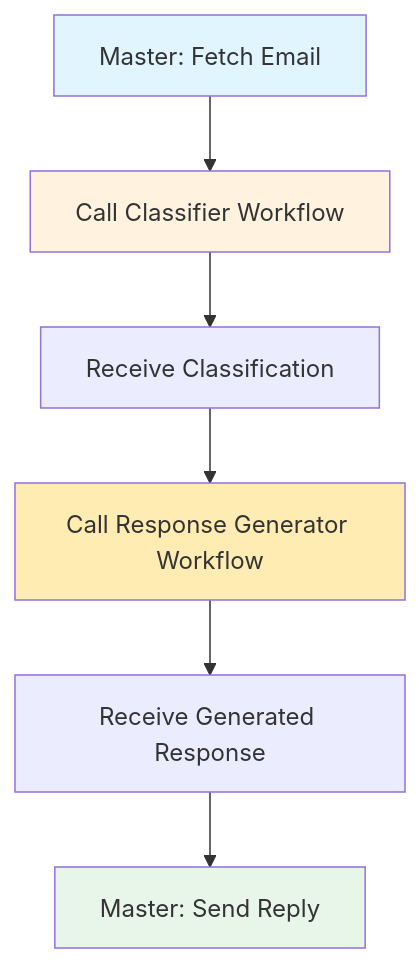
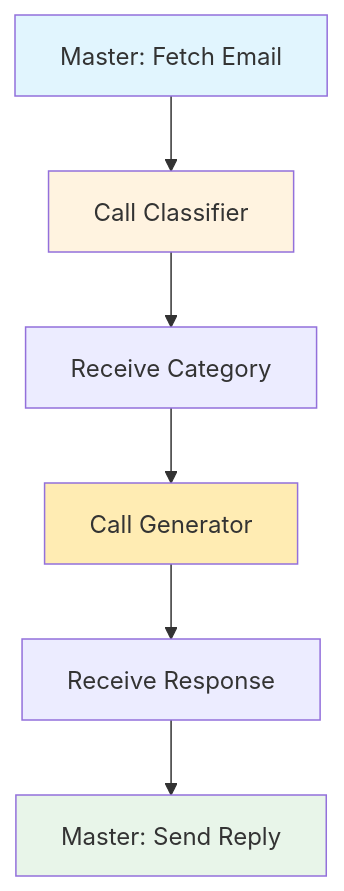
Before and after one commit to LouisChanCLY/automation-exercise: the diagram in docs/exercises/04-connecting-workflows/index.md, drawn with Mermaid. The commit also changed other lines of this file and 3 other files, not shown here.

````diff
--- a/docs/exercises/04-connecting-workflows/index.md
+++ b/docs/exercises/04-connecting-workflows/index.md
@@ -61,13 +33,13 @@
 ```mermaid
 graph TB
-    A[Master: Fetch Email] --> B[Call Classifier Workflow]
-    B --> C[Receive Classification]
-    C --> D[Call Response Generator Workflow]
-    D --> E[Receive Generated Response]
+    A[Master: Fetch Email] --> B[Call Classifier]
+    B --> C[Receive Category]
+    C --> D[Call Generator]
+    D --> E[Receive Response]
     E --> F[Master: Send Reply]
 
     style A fill:#e1f5fe
     style B fill:#fff3e0
     style D fill:#ffecb3
     style F fill:#e8f5e9
 ```
````
